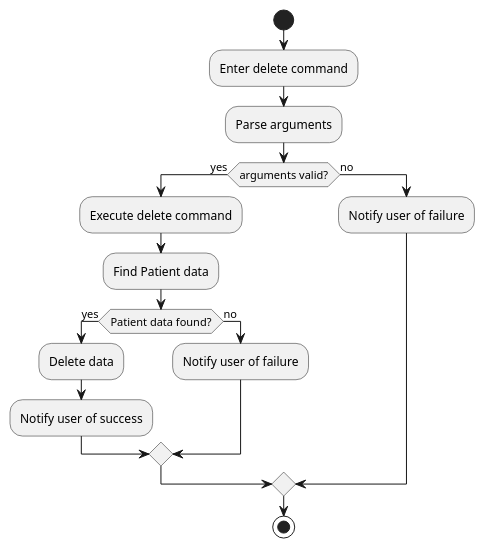
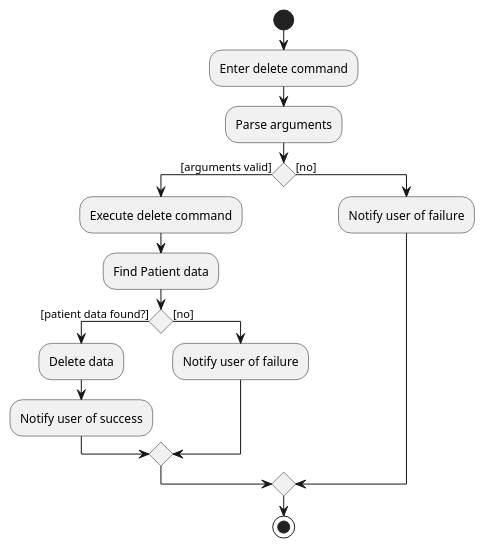
One commit to nus-cs2103-AY2324S1/tp changed the diagram in docs/diagrams/DeleteActivityDiagram.puml. Above: the diagram before and after it, drawn with PlantUML. The commit also changed 1 other file, not shown here.

Commit message:
Update diagram

```diff
--- a/docs/diagrams/DeleteActivityDiagram.puml
+++ b/docs/diagrams/DeleteActivityDiagram.puml
@@ -1,28 +1,28 @@
 @startuml Delete Patient Data
 start
 
 :Enter delete command;
 :Parse arguments;
 
-if (arguments valid?) then (yes)
+if () then ([arguments valid])
 
 :Execute delete command;
 :Find Patient data;
 
-if (Patient data found?) then (yes)
+if () then ([patient data found?])
 
 :Delete data;
 :Notify user of success;
-else (no)
+else ([no])
 
 :Notify user of failure;
 endif
 
-else (no)
+else ([no])
 
 :Notify user of failure;
 
 endif
 
 stop
 @enduml
```
